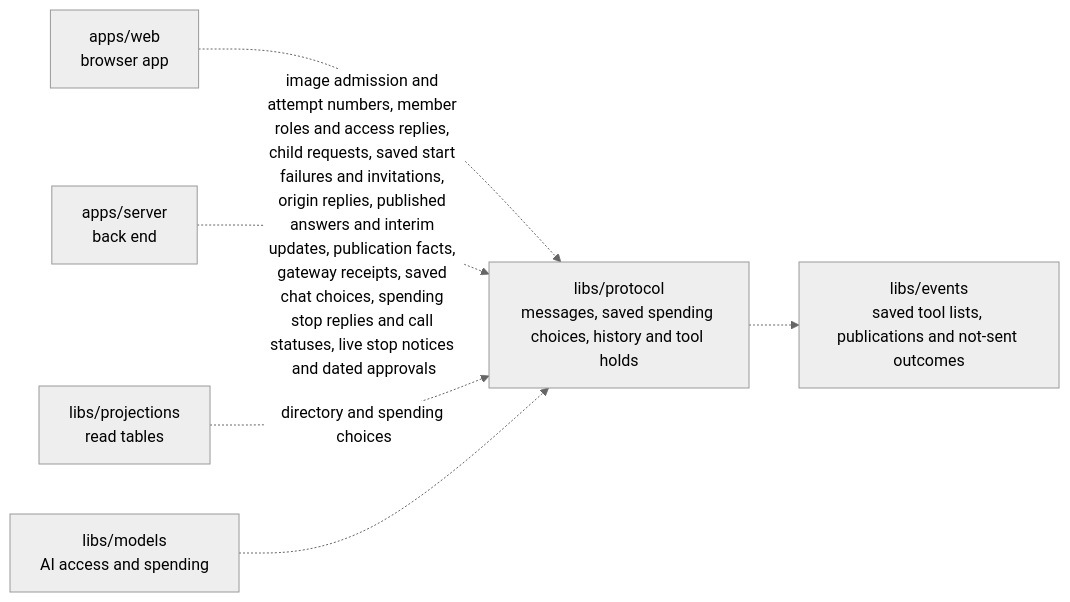
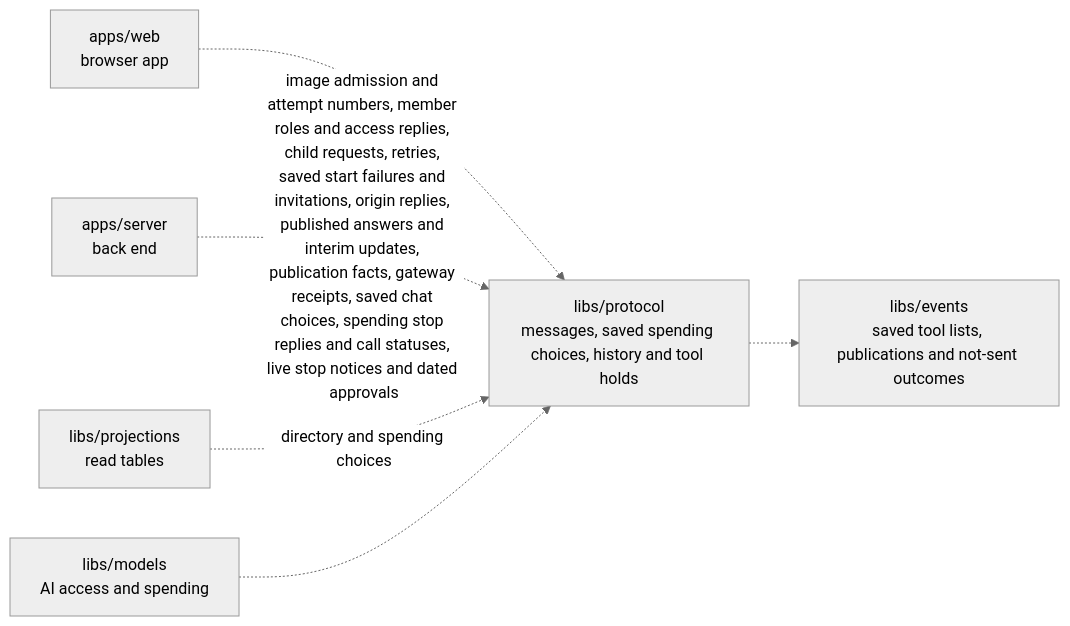
The diagram in libs/protocol/README.md (elewa-git/opencrane-new), drawn with Mermaid (neutral theme) before and after one commit. The commit also changed other lines of this file and 26 other files, not shown here.

Commit message:
🔁 Let requesters retry saved child start failures while children stay held

````diff
--- a/libs/protocol/README.md
+++ b/libs/protocol/README.md
@@ -11,8 +11,8 @@
 ```mermaid
 flowchart LR
   web["apps/web<br/>browser app"] -.-> protocol["libs/protocol<br/>messages, saved spending choices, history and tool holds"]
-  server["apps/server<br/>back end"] -.->|image admission and attempt numbers, member roles and access replies, child requests, saved start failures and invitations, origin replies, published answers and interim updates, publication facts, gateway receipts, saved chat choices, spending stop replies and call statuses, live stop notices and dated approvals| protocol
+  server["apps/server<br/>back end"] -.->|image admission and attempt numbers, member roles and access replies, child requests, retries, saved start failures and invitations, origin replies, published answers and interim updates, publication facts, gateway receipts, saved chat choices, spending stop replies and call statuses, live stop notices and dated approvals| protocol
   projections["libs/projections<br/>read tables"] -.->|directory and spending choices| protocol
   models["libs/models<br/>AI access and spending"] -.-> protocol
   protocol -.-> events["libs/events<br/>saved tool lists, publications and not-sent outcomes"]
 ```
````
